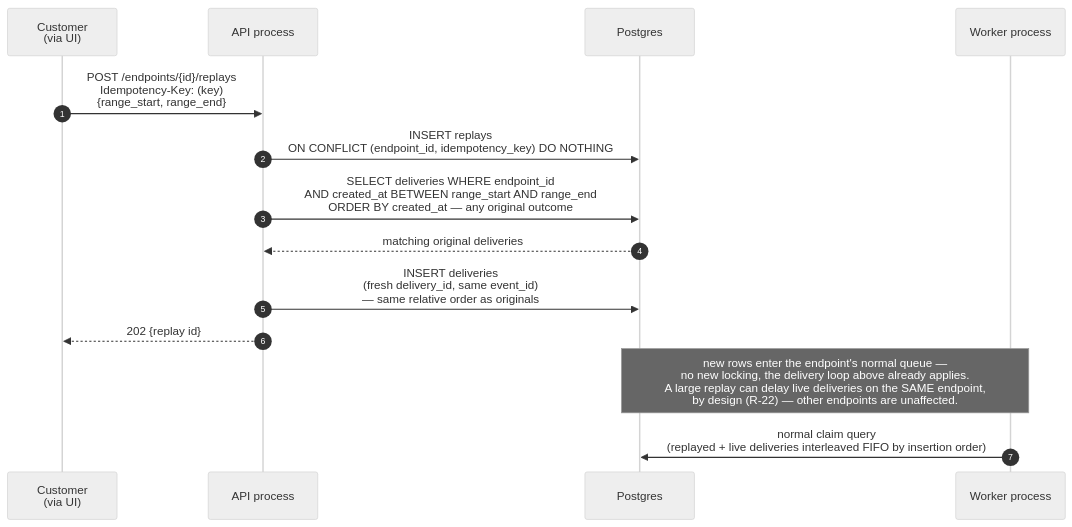
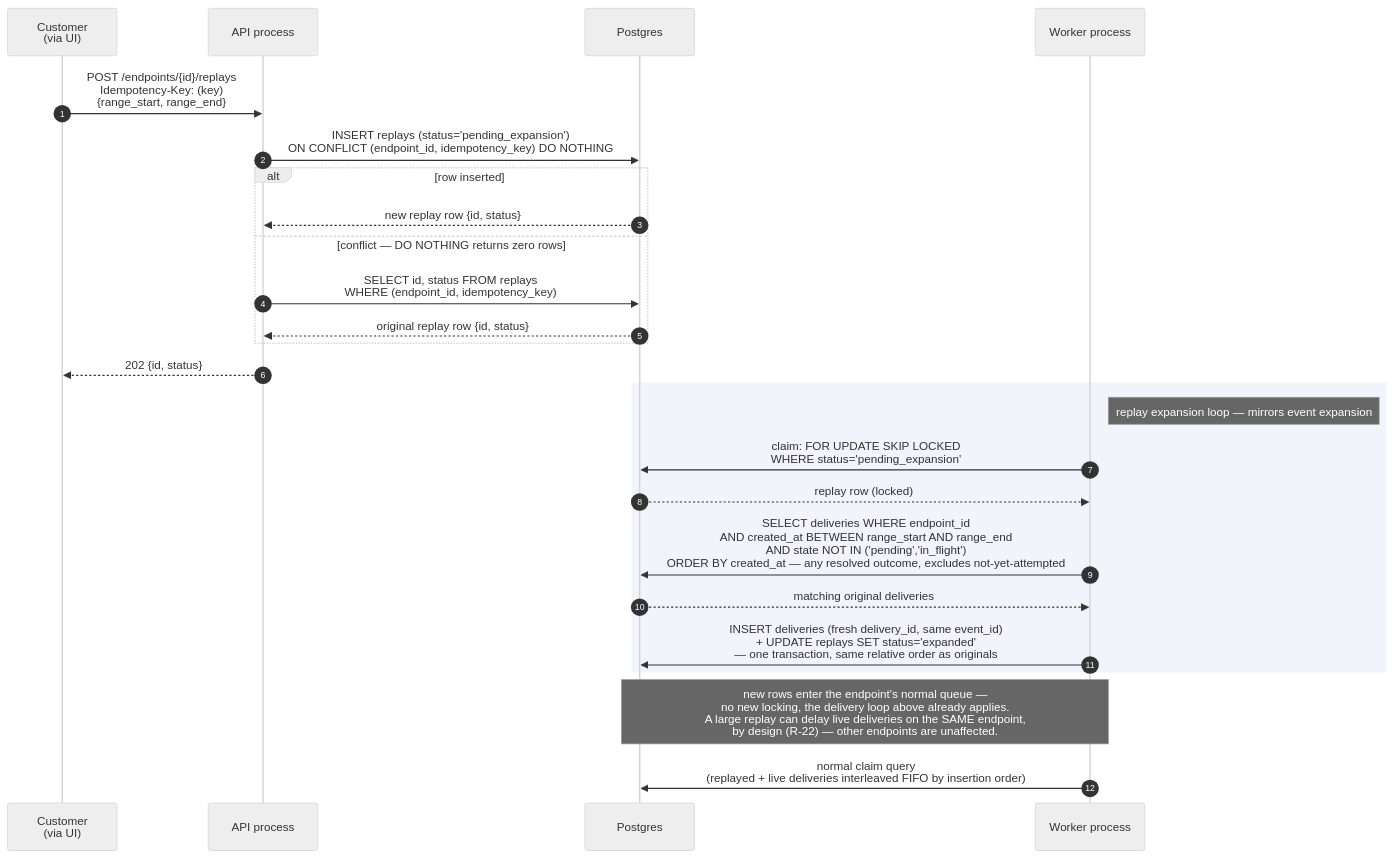
Before and after one commit to hyetigran/st6_webhooks: the sixth of 8 diagrams in ARCHITECTURE.md, drawn with Mermaid (neutral theme). The commit also changed other lines of this file and 37 other files, not shown here.

````diff
--- a/ARCHITECTURE.md
+++ b/ARCHITECTURE.md
@@ -221,18 +281,30 @@
 ```mermaid
 sequenceDiagram
     autonumber
     participant Cust as Customer<br/>(via UI)
     participant API as API process
     participant DB as Postgres
     participant Worker as Worker process
 
     Cust->>API: POST /endpoints/{id}/replays<br/>Idempotency-Key: (key)<br/>{range_start, range_end}
-    API->>DB: INSERT replays<br/>ON CONFLICT (endpoint_id, idempotency_key) DO NOTHING
-    API->>DB: SELECT deliveries WHERE endpoint_id<br/>AND created_at BETWEEN range_start AND range_end<br/>ORDER BY created_at — any original outcome
-    DB-->>API: matching original deliveries
-    API->>DB: INSERT deliveries<br/>(fresh delivery_id, same event_id)<br/>— same relative order as originals
-    API-->>Cust: 202 {replay id}
+    API->>DB: INSERT replays (status='pending_expansion')<br/>ON CONFLICT (endpoint_id, idempotency_key) DO NOTHING
+    alt row inserted
+    DB-->>API: new replay row {id, status}
+    else conflict — DO NOTHING returns zero rows
+    API->>DB: SELECT id, status FROM replays<br/>WHERE (endpoint_id, idempotency_key)
+    DB-->>API: original replay row {id, status}
+    end
+    API-->>Cust: 202 {id, status}
+
+    rect rgba(100,100,200,0.08)
+    note right of Worker: replay expansion loop — mirrors event expansion
+    Worker->>DB: claim: FOR UPDATE SKIP LOCKED<br/>WHERE status='pending_expansion'
+    DB-->>Worker: replay row (locked)
+    Worker->>DB: SELECT deliveries WHERE endpoint_id<br/>AND created_at BETWEEN range_start AND range_end<br/>AND state NOT IN ('pending','in_flight')<br/>ORDER BY created_at — any resolved outcome, excludes not-yet-attempted
+    DB-->>Worker: matching original deliveries
+    Worker->>DB: INSERT deliveries (fresh delivery_id, same event_id)<br/>+ UPDATE replays SET status='expanded'<br/>— one transaction, same relative order as originals
+    end
 
     note over Worker,DB: new rows enter the endpoint's normal queue —<br/>no new locking, the delivery loop above already applies.<br/>A large replay can delay live deliveries on the SAME endpoint,<br/>by design (R-22) — other endpoints are unaffected.
     Worker->>DB: normal claim query<br/>(replayed + live deliveries interleaved FIFO by insertion order)
 ```
````
